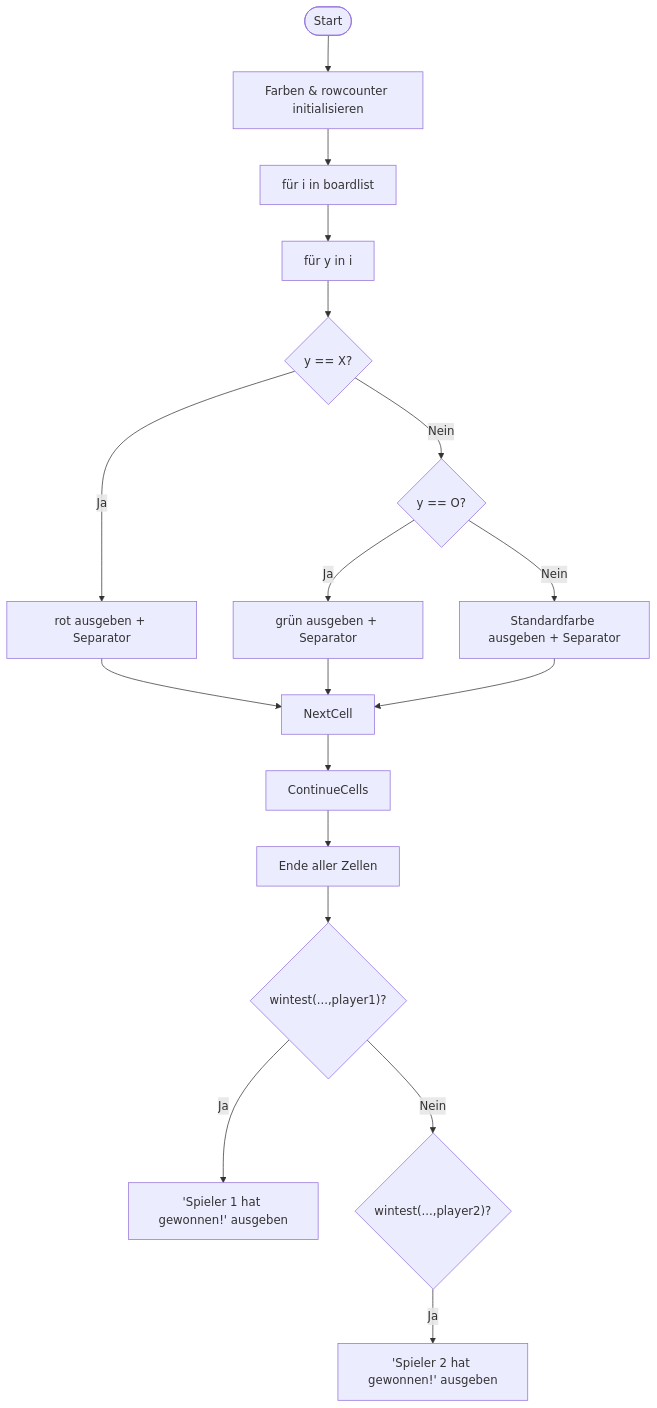
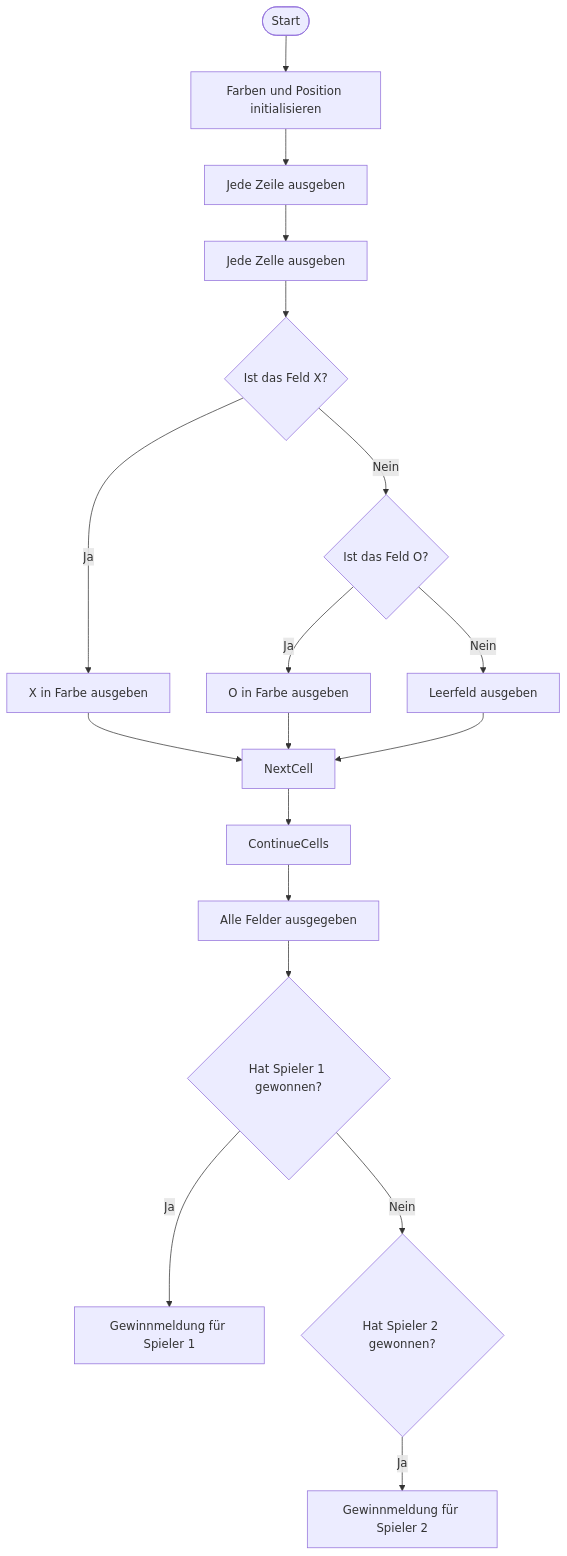
Diagram 13 of 13 in flowchart.md (Finn965/Informatik-1-Softwareprojekt), drawn with Mermaid before and after one commit. The commit also changed other lines of this file, not shown here.

````diff
--- a/flowchart.md
+++ b/flowchart.md
@@ -256,22 +256,22 @@
 ```mermaid
 flowchart TD
     Start([Start])
-    Start --> Init["Farben & rowcounter initialisieren"]
-    Init --> RowLoop["für i in boardlist"]
-    RowLoop --> CellLoop["für y in i"]
-    CellLoop --> CheckX{"y == X?"}
-    CheckX -- Ja --> PrintX["rot ausgeben + Separator"]
+    Start --> Init["Farben und Position initialisieren"]
+    Init --> RowLoop["Jede Zeile ausgeben"]
+    RowLoop --> CellLoop["Jede Zelle ausgeben"]
+    CellLoop --> CheckX{"Ist das Feld X?"}
+    CheckX -- Ja --> PrintX["X in Farbe ausgeben"]
     PrintX --> NextCell
-    CheckX -- Nein --> CheckO{"y == O?"}
-    CheckO -- Ja --> PrintO["grün ausgeben + Separator"]
+    CheckX -- Nein --> CheckO{"Ist das Feld O?"}
+    CheckO -- Ja --> PrintO["O in Farbe ausgeben"]
     PrintO --> NextCell
-    CheckO -- Nein --> PrintEmpty["Standardfarbe ausgeben + Separator"]
+    CheckO -- Nein --> PrintEmpty["Leerfeld ausgeben"]
     PrintEmpty --> NextCell
     NextCell --> ContinueCells
-    ContinueCells --> EndRows["Ende aller Zellen"]
+    ContinueCells --> EndRows["Alle Felder ausgegeben"]
 
-    EndRows --> Win1{"wintest(...,player1)?"}
-    Win1 -- Ja --> PrintWin1["'Spieler 1 hat gewonnen!' ausgeben"]
-    Win1 -- Nein --> Win2{"wintest(...,player2)?"}
-    Win2 -- Ja --> PrintWin2["'Spieler 2 hat gewonnen!' ausgeben"]
+    EndRows --> Win1{"Hat Spieler 1 gewonnen?"}
+    Win1 -- Ja --> PrintWin1["Gewinnmeldung für Spieler 1"]
+    Win1 -- Nein --> Win2{"Hat Spieler 2 gewonnen?"}
+    Win2 -- Ja --> PrintWin2["Gewinnmeldung für Spieler 2"]
 ```
````
